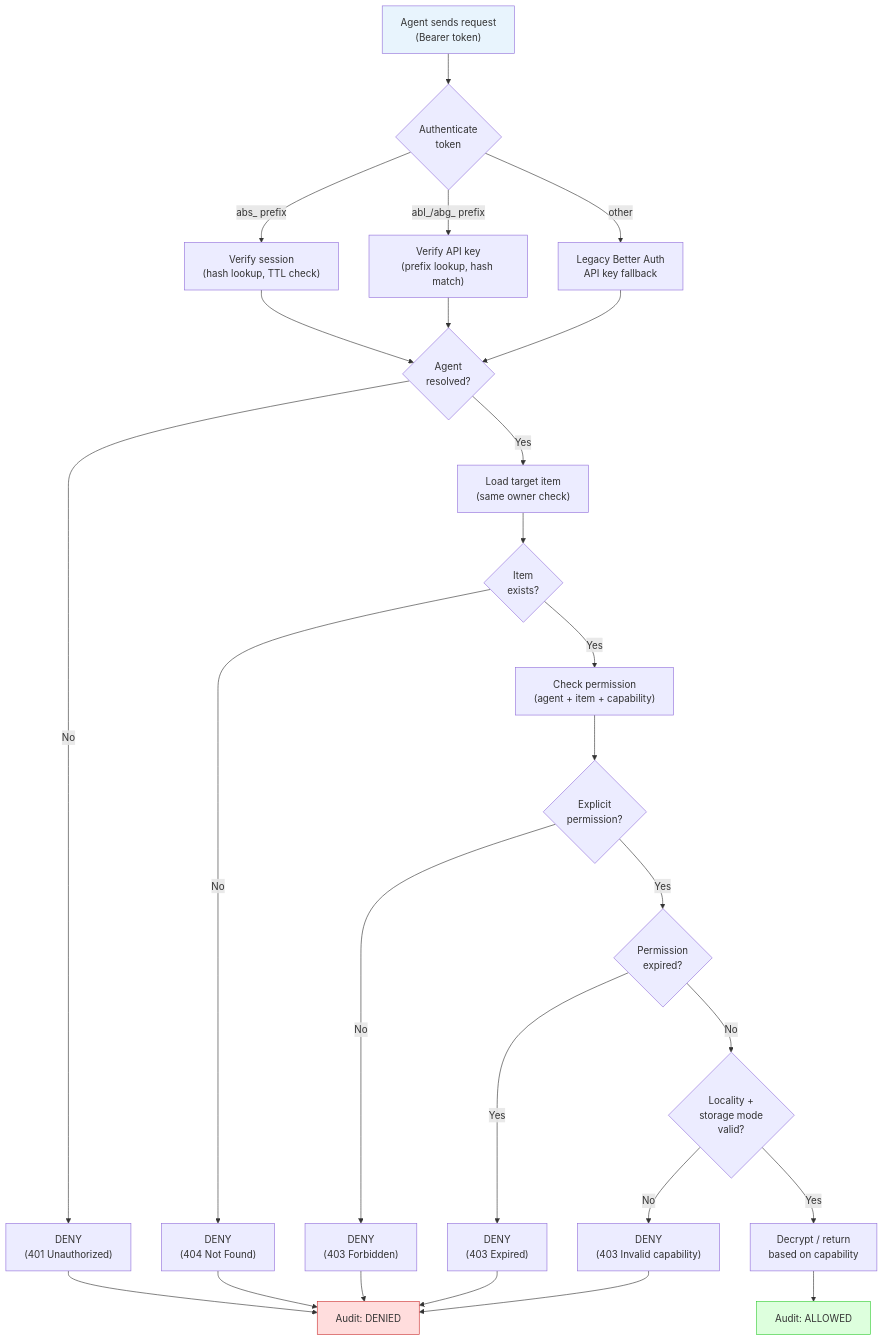
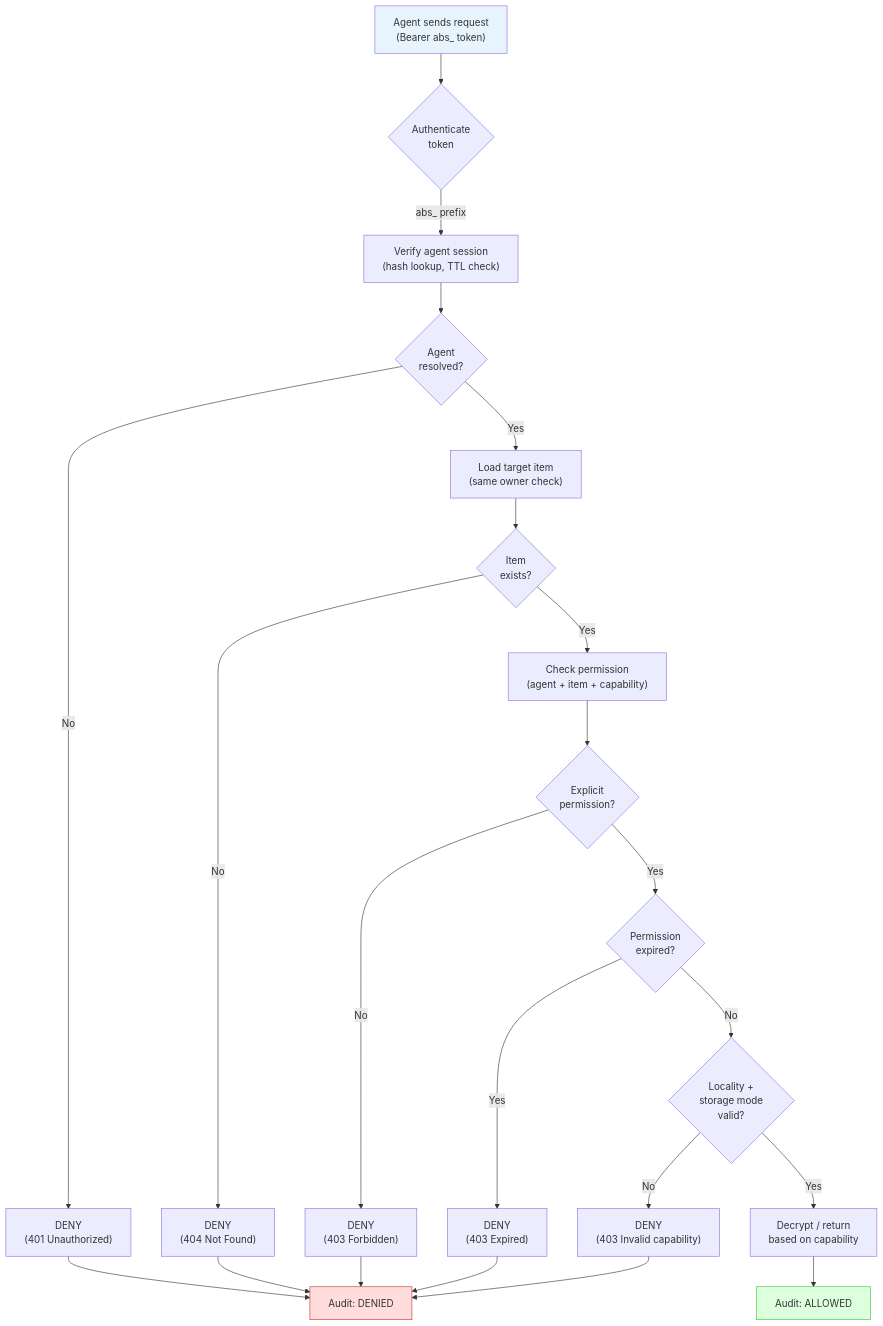
One commit to punitarani/abadge changed diagram 14 of 20 in docs/flow.md. Above: the diagram before and after it, drawn with Mermaid. The commit also changed other lines of this file and 100 other files, not shown here.

First line of the commit message:
Personal API keys (abu_) + remove legacy agent API keys (#181)

````diff
--- a/docs/flow.md
+++ b/docs/flow.md
@@ -318,39 +318,35 @@
 ```mermaid
 flowchart TD
-  Start["Agent sends request\n(Bearer token)"] --> AuthCheck{"Authenticate\ntoken"}
-  AuthCheck -->|"abs_ prefix"| SessionAuth["Verify session\n(hash lookup, TTL check)"]
-  AuthCheck -->|"abl_/abg_ prefix"| KeyAuth["Verify API key\n(prefix lookup, hash match)"]
-  AuthCheck -->|"other"| LegacyAuth["Legacy Better Auth\nAPI key fallback"]
+  Start["Agent sends request\n(Bearer abs_ token)"] --> AuthCheck{"Authenticate\ntoken"}
+  AuthCheck -->|"abs_ prefix"| SessionAuth["Verify agent session\n(hash lookup, TTL check)"]
 
   SessionAuth --> Resolved{"Agent\nresolved?"}
-  KeyAuth --> Resolved
-  LegacyAuth --> Resolved
 
   Resolved -->|No| Deny1["DENY\n(401 Unauthorized)"]
   Resolved -->|Yes| LoadItem["Load target item\n(same owner check)"]
 
   LoadItem --> ItemExists{"Item\nexists?"}
   ItemExists -->|No| Deny2["DENY\n(404 Not Found)"]
   ItemExists -->|Yes| PermCheck["Check permission\n(agent + item + capability)"]
 
   PermCheck --> HasPerm{"Explicit\npermission?"}
   HasPerm -->|No| Deny3["DENY\n(403 Forbidden)"]
   HasPerm -->|Yes| Expired{"Permission\nexpired?"}
 
   Expired -->|Yes| Deny4["DENY\n(403 Expired)"]
   Expired -->|No| LocalityCheck{"Locality +\nstorage mode\nvalid?"}
 
   LocalityCheck -->|No| Deny5["DENY\n(403 Invalid capability)"]
   LocalityCheck -->|Yes| Decrypt["Decrypt / return\nbased on capability"]
 
   Decrypt --> AuditAllow["Audit: ALLOWED"]
   Deny1 --> AuditDeny["Audit: DENIED"]
   Deny2 --> AuditDeny
   Deny3 --> AuditDeny
   Deny4 --> AuditDeny
   Deny5 --> AuditDeny
 
   style Start fill:#e8f4fd
   style AuditAllow fill:#dfd,stroke:#3c3
   style AuditDeny fill:#fdd,stroke:#c33
 ```
````
